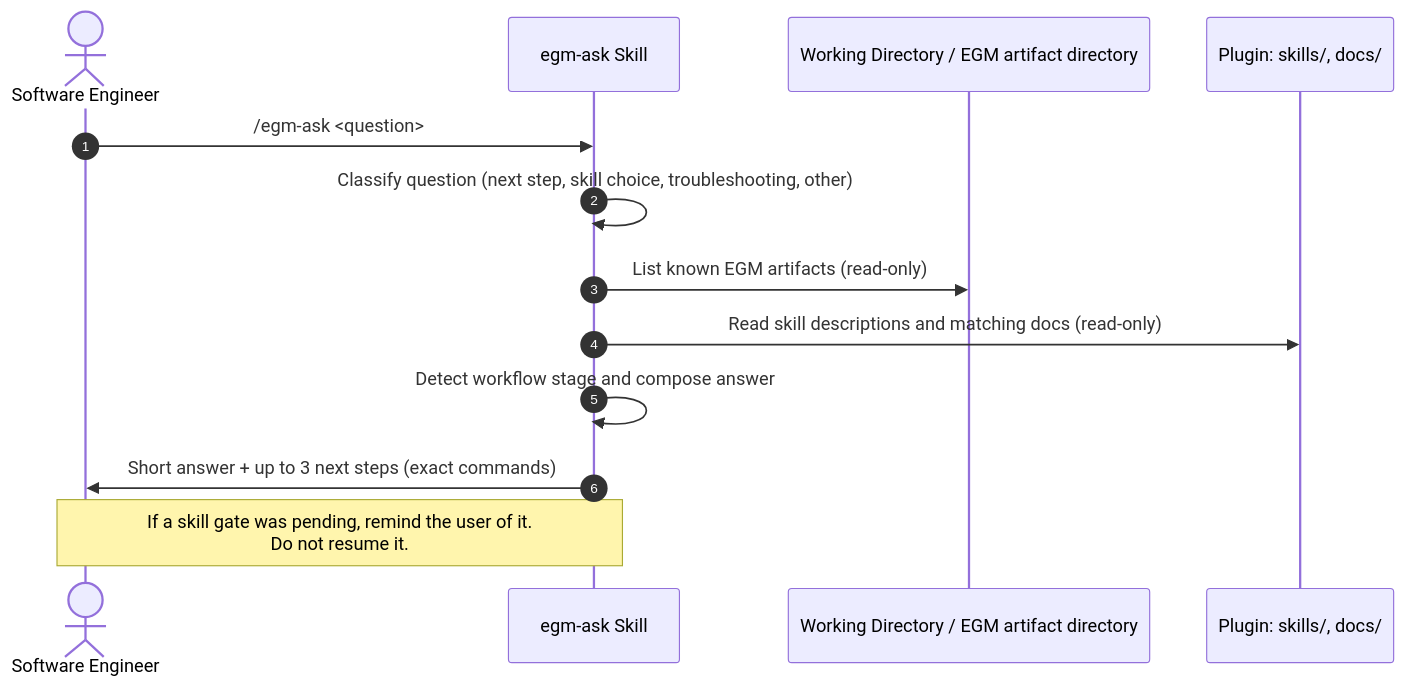
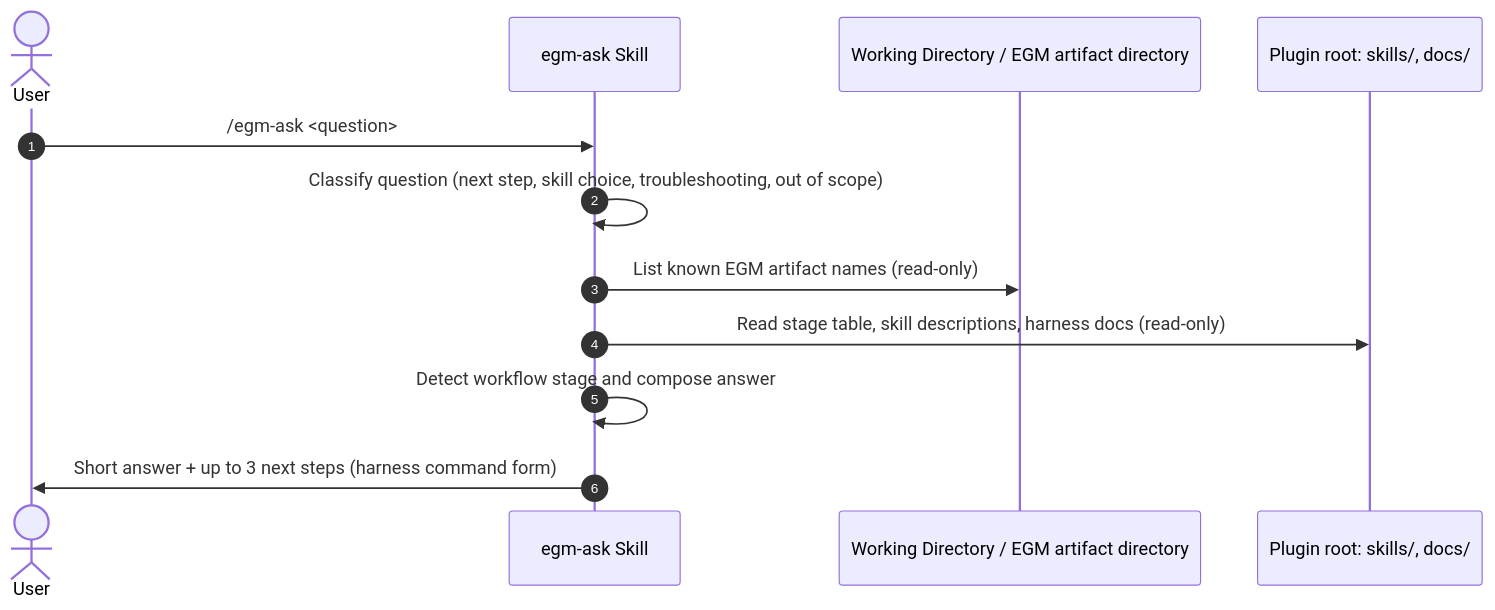
Before and after one commit to google/elephant-goldfish-model: the diagram in docs/designs/ask.md, drawn with Mermaid. The commit also changed other lines of this file, not shown here.

First line of the commit message:
docs(designs): resolve egm-ask review findings

````diff
--- a/docs/designs/ask.md
+++ b/docs/designs/ask.md
@@ -69,16 +73,15 @@
 ```mermaid
 sequenceDiagram
     autonumber
-    actor Human as Software Engineer
+    actor User
     participant Ask as egm-ask Skill
     participant Workspace as Working Directory / EGM artifact directory
-    participant Plugin as Plugin: skills/, docs/
+    participant Plugin as Plugin root: skills/, docs/
 
-    Human->>Ask: /egm-ask <question>
-    Ask->>Ask: Classify question (next step, skill choice, troubleshooting, other)
-    Ask->>Workspace: List known EGM artifacts (read-only)
-    Ask->>Plugin: Read skill descriptions and matching docs (read-only)
+    User->>Ask: /egm-ask <question>
+    Ask->>Ask: Classify question (next step, skill choice, troubleshooting, out of scope)
+    Ask->>Workspace: List known EGM artifact names (read-only)
+    Ask->>Plugin: Read stage table, skill descriptions, harness docs (read-only)
     Ask->>Ask: Detect workflow stage and compose answer
-    Ask->>Human: Short answer + up to 3 next steps (exact commands)
-    Note over Ask,Human: If a skill gate was pending, remind the user of it.<br/>Do not resume it.
+    Ask->>User: Short answer + up to 3 next steps (harness command form)
 ```
````
